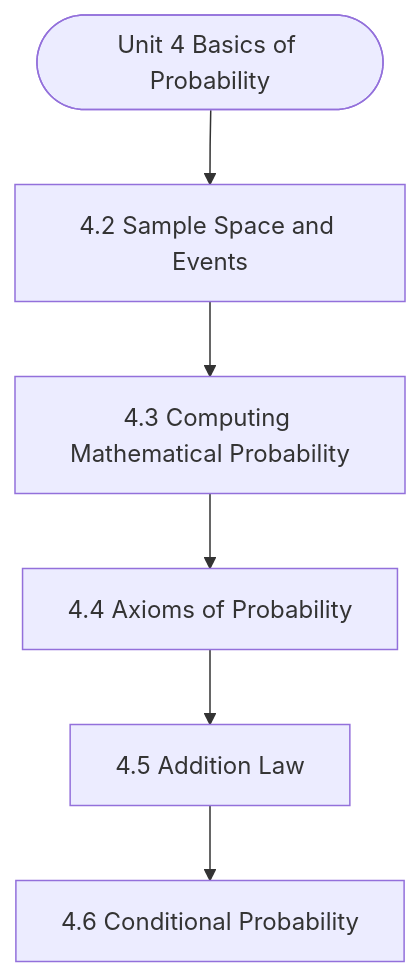
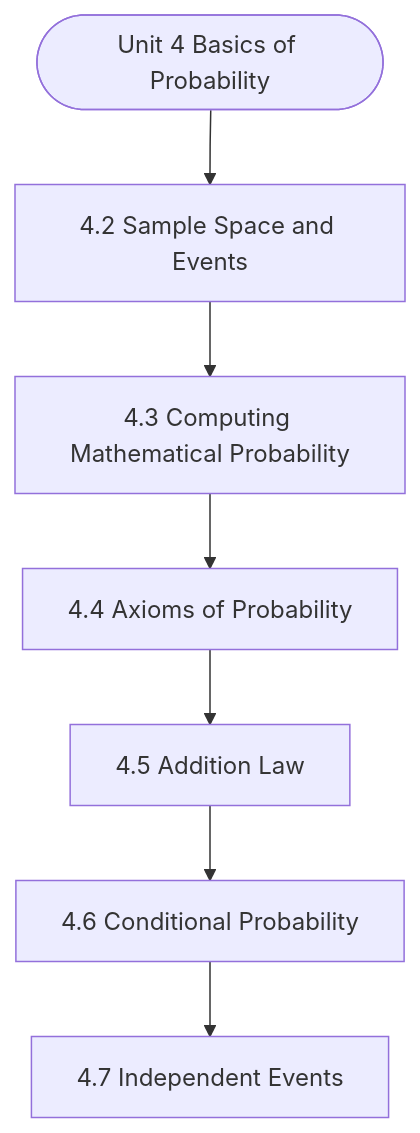
One commit to Asutosh-Coaching/mscdsa changed the diagram in notes/Semester_2/MCS-066_Mathematical_Foundations_-_II/unit_04_Basics_of_Probability.md. Above: the diagram before and after it, drawn with Mermaid. The commit also changed other lines of this file and 116 other files, not shown here.

````diff
--- a/notes/Semester_2/MCS-066_Mathematical_Foundations_-_II/unit_04_Basics_of_Probability.md
+++ b/notes/Semester_2/MCS-066_Mathematical_Foundations_-_II/unit_04_Basics_of_Probability.md
@@ -19,14 +19,16 @@
 ```mermaid
 flowchart TD
   Start(["Unit 4 Basics of Probability"])
   N1["4.2 Sample Space and Events"]
   N2["4.3 Computing Mathematical Probability"]
   N3["4.4 Axioms of Probability"]
   N4["4.5 Addition Law"]
   N5["4.6 Conditional Probability"]
+  N6["4.7 Independent Events"]
   Start --> N1
   N1 --> N2
   N2 --> N3
   N3 --> N4
   N4 --> N5
+  N5 --> N6
 ```
````
